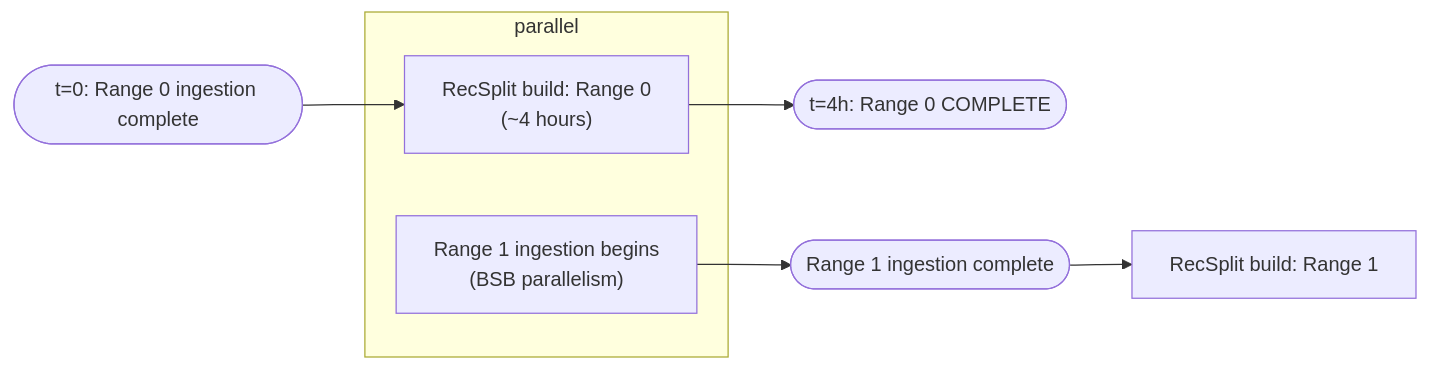
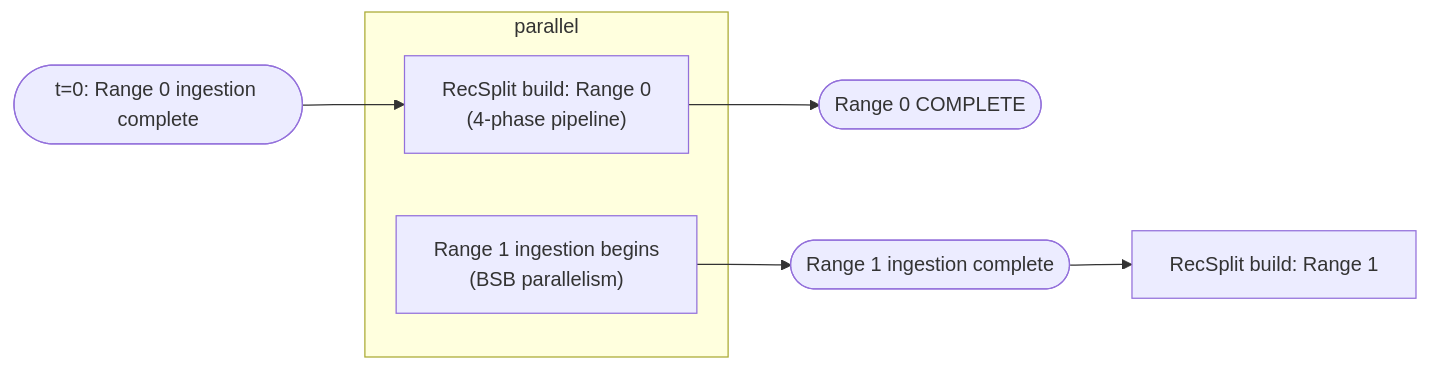
Before and after one commit to stellar/stellar-rpc: the second of 2 diagrams in full-history/design-docs/05-backfill-transition-workflow.md, drawn with Mermaid. The commit also changed other lines of this file and 6 other files, not shown here.

First line of the commit message:
Update design docs for 4-phase RecSplit pipeline and per-CF bookkeeping

````diff
--- a/full-history/design-docs/05-backfill-transition-workflow.md
+++ b/full-history/design-docs/05-backfill-transition-workflow.md
@@ -125,11 +149,11 @@
 ```mermaid
 flowchart LR
     T0(["t=0: Range 0 ingestion complete"]) --> A
     subgraph parallel
-        A["RecSplit build: Range 0<br/>(~4 hours)"]
+        A["RecSplit build: Range 0<br/>(4-phase pipeline)"]
         B["Range 1 ingestion begins<br/>(BSB parallelism)"]
     end
-    A --> C(["t=4h: Range 0 COMPLETE"])
+    A --> C(["Range 0 COMPLETE"])
     B --> D(["Range 1 ingestion complete"])
     D --> E["RecSplit build: Range 1"]
 ```
````
